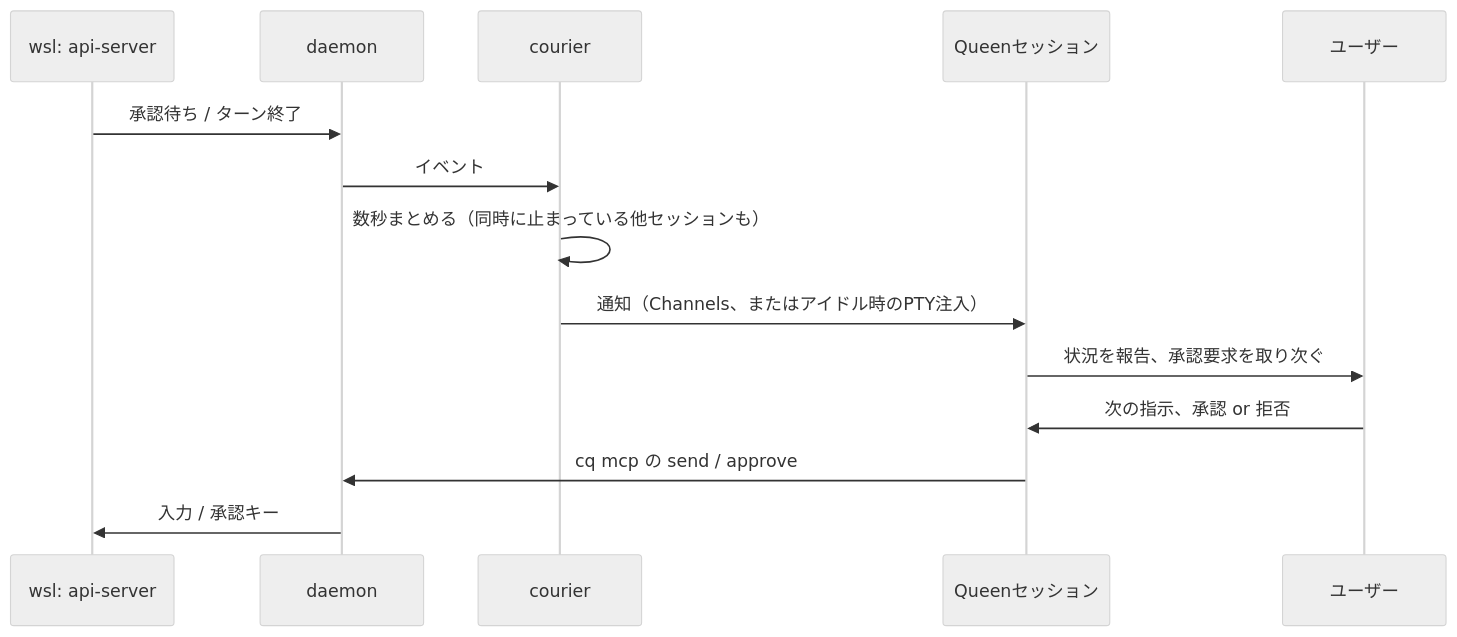
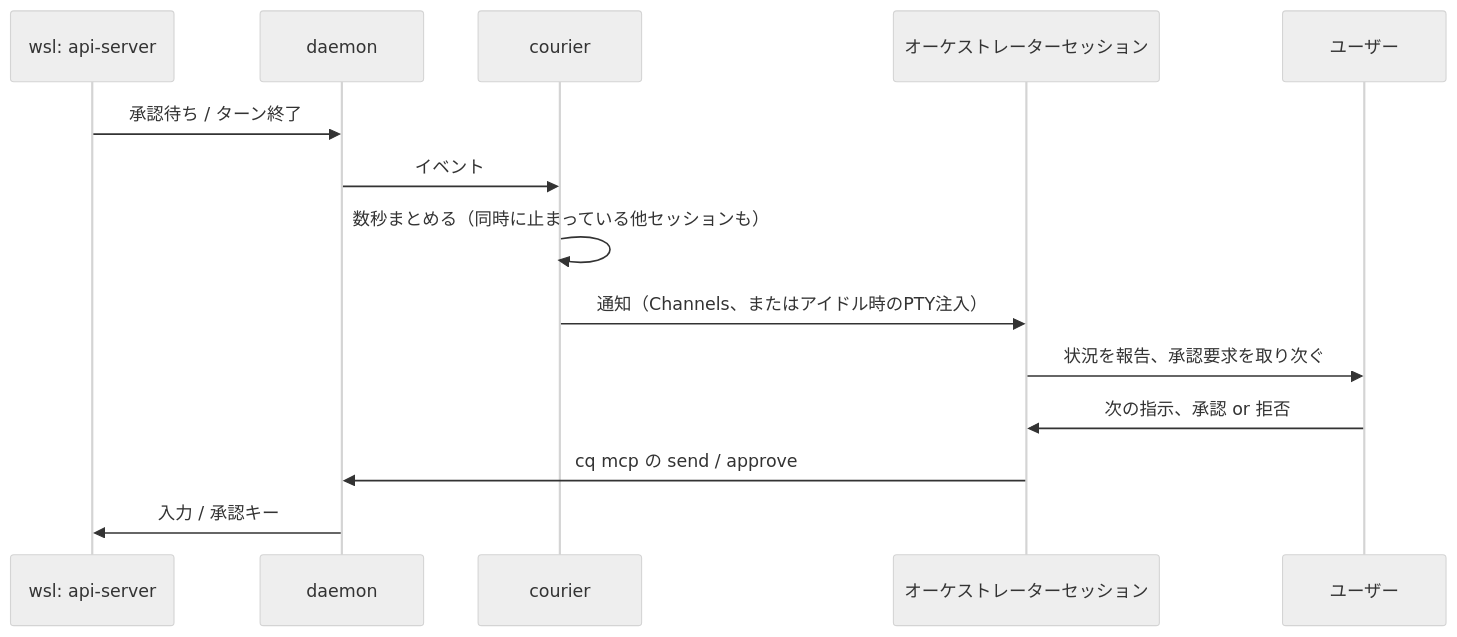
Before and after one commit to okenakt/code-quilt: the third of 3 diagrams in docs/design.md, drawn with Mermaid (neutral theme). The commit also changed other lines of this file and 18 other files, not shown here.

````diff
--- a/docs/design.md
+++ b/docs/design.md
@@ -240,16 +230,16 @@
 ```mermaid
 sequenceDiagram
   participant S as wsl: api-server
   participant D as daemon
   participant C as courier
-  participant QS as Queenセッション
+  participant QS as オーケストレーターセッション
   participant U as ユーザー
   S->>D: 承認待ち / ターン終了
   D->>C: イベント
   C->>C: 数秒まとめる（同時に止まっている他セッションも）
   C->>QS: 通知（Channels、またはアイドル時のPTY注入）
   QS->>U: 状況を報告、承認要求を取り次ぐ
   U->>QS: 次の指示、承認 or 拒否
   QS->>D: cq mcp の send / approve
   D->>S: 入力 / 承認キー
 ```
````
